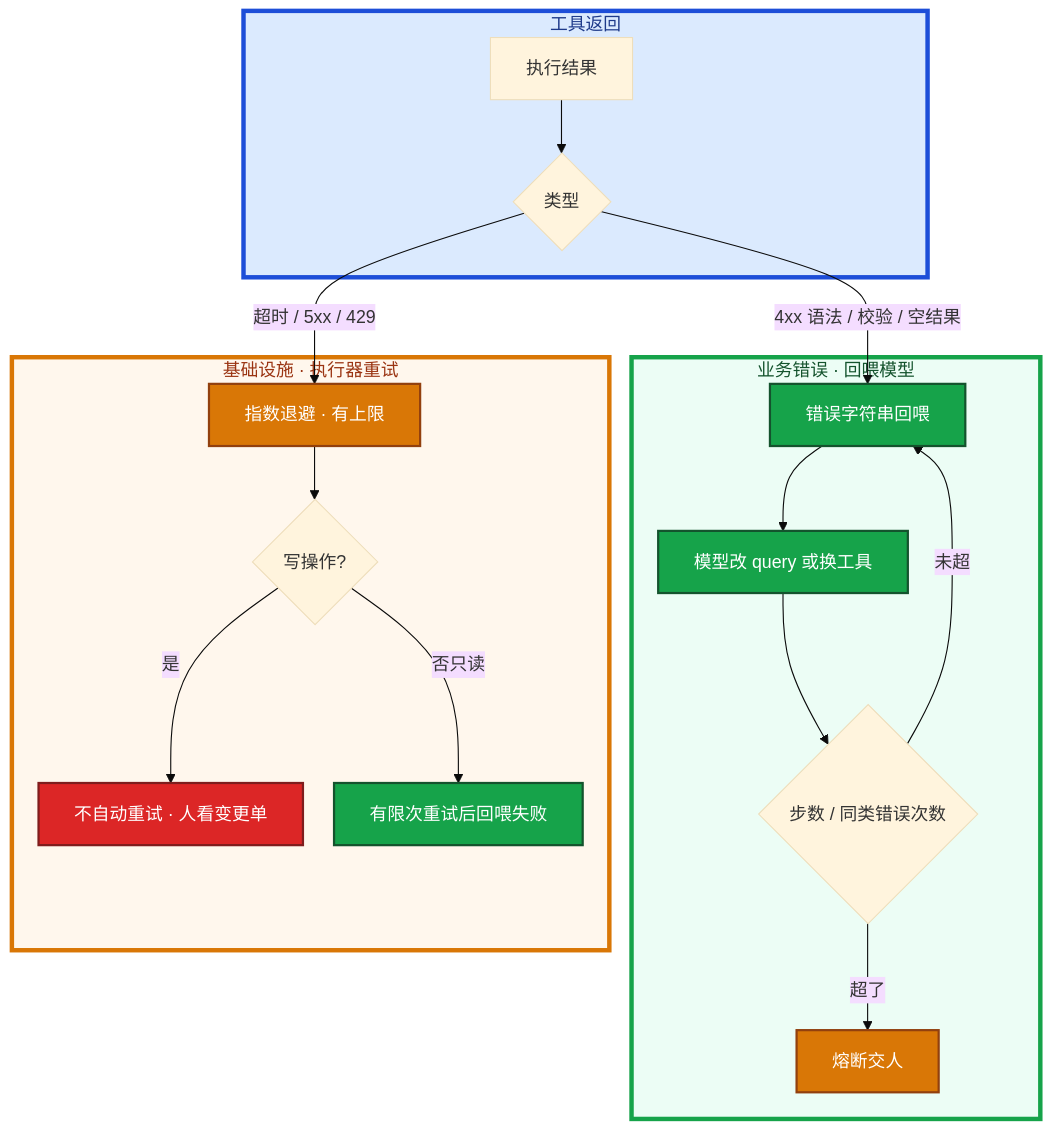
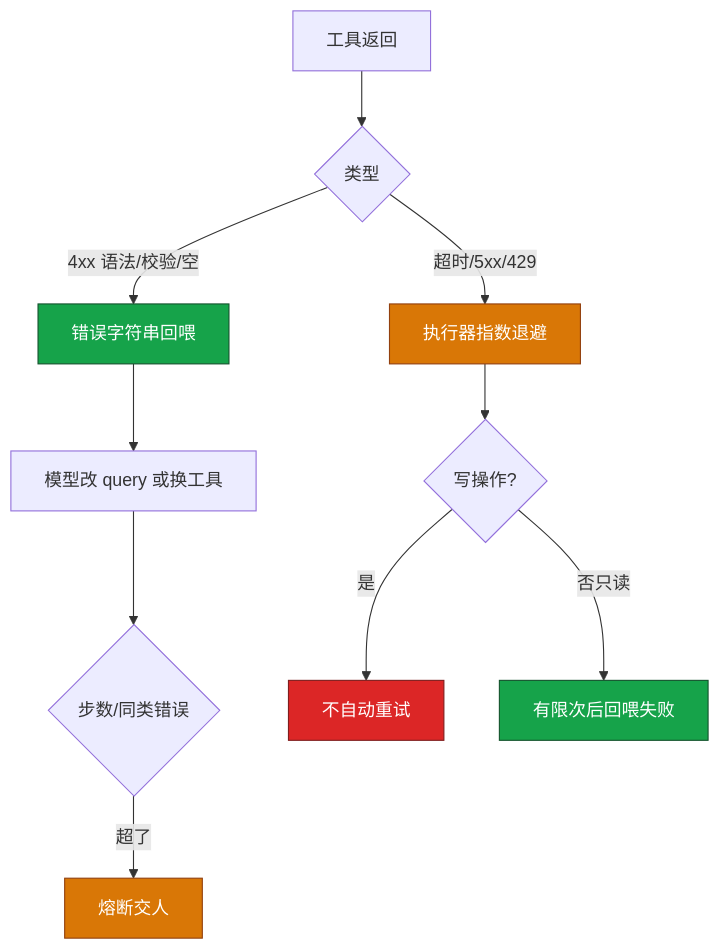
Before and after one commit to ml-cuizijun/LearnToLilith: the fourth of 7 diagrams in 09-AI与智能运维/04-Function-Calling与Tool-Use/知识点.md, drawn with Mermaid. The commit also changed other lines of this file and 213 other files, not shown here.

````diff
--- a/09-AI与智能运维/04-Function-Calling与Tool-Use/知识点.md
+++ b/09-AI与智能运维/04-Function-Calling与Tool-Use/知识点.md
@@ -209,33 +189,16 @@
 ```mermaid
-%%{init: {"flowchart": {"padding": 16, "nodeSpacing": 28, "rankSpacing": 48}, "theme": "base"}}%%
 flowchart TB
-    subgraph gate ["工具返回"]
-        A[执行结果] --> B{类型}
-    end
+    classDef ok fill:#16A34A,stroke:#14532D,color:#fff
+    classDef warn fill:#D97706,stroke:#92400E,color:#fff
+    classDef bad fill:#DC2626,stroke:#7F1D1D,color:#fff
 
-    subgraph biz ["业务错误 · 回喂模型"]
-        B -->|4xx 语法 / 校验 / 空结果| C[错误字符串回喂]
-        C --> D[模型改 query 或换工具]
-        D --> E{步数 / 同类错误次数}
-        E -->|未超| C
-        E -->|超了| F[熔断交人]
-    end
-
-    subgraph infra ["基础设施 · 执行器重试"]
-        B -->|超时 / 5xx / 429| G[指数退避 · 有上限]
-        G --> H{写操作?}
-        H -->|是| I[不自动重试 · 人看变更单]
-        H -->|否只读| J[有限次重试后回喂失败]
-    end
-
-    classDef ok fill:#16A34A,stroke:#14532D,stroke-width:2px,color:#fff
-    classDef warn fill:#D97706,stroke:#92400E,stroke-width:2px,color:#fff
-    classDef bad fill:#DC2626,stroke:#7F1D1D,stroke-width:2px,color:#fff
-    class C,D,J ok
-    class G,F warn
-    class I bad
-
-    style gate fill:#DBEAFE,stroke:#1D4ED8,stroke-width:4px,color:#1E3A8A
-    style biz fill:#ECFDF5,stroke:#16A34A,stroke-width:4px,color:#14532D
-    style infra fill:#FFF7ED,stroke:#D97706,stroke-width:4px,color:#9A3412
+    A[工具返回] --> B{类型}
+    B -->|4xx 语法/校验/空| C[错误字符串回喂]:::ok
+    C --> D[模型改 query 或换工具]
+    D --> E{步数/同类错误}
+    E -->|超了| F[熔断交人]:::warn
+    B -->|超时/5xx/429| G[执行器指数退避]:::warn
+    G --> H{写操作?}
+    H -->|是| I[不自动重试]:::bad
+    H -->|否只读| J[有限次后回喂失败]:::ok
 ```
````
